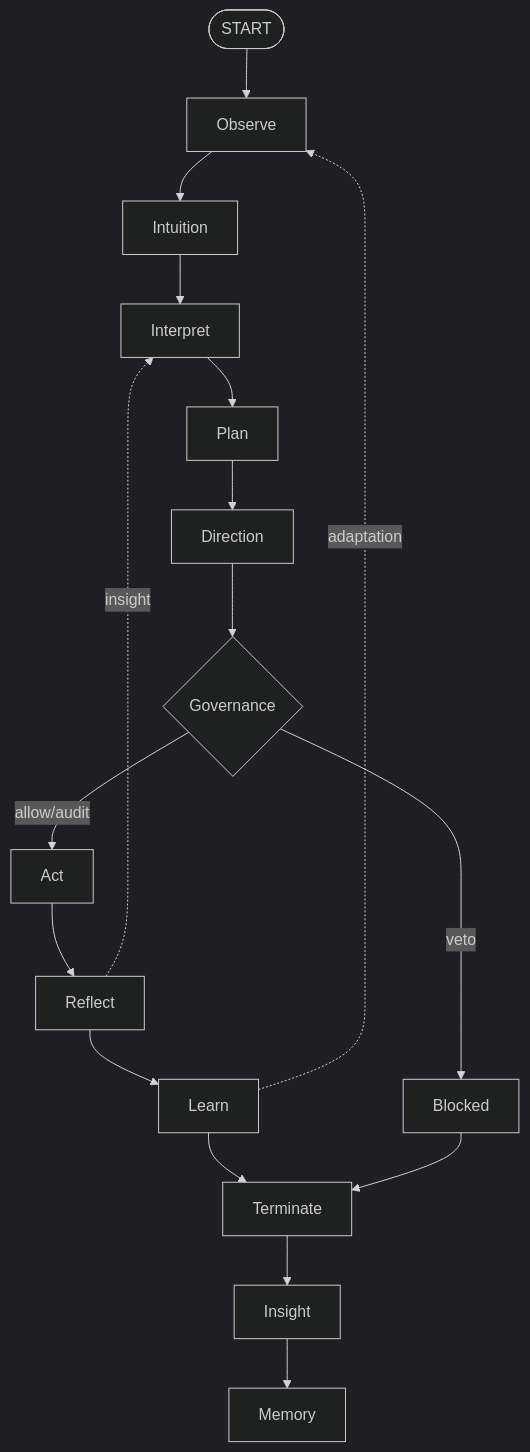
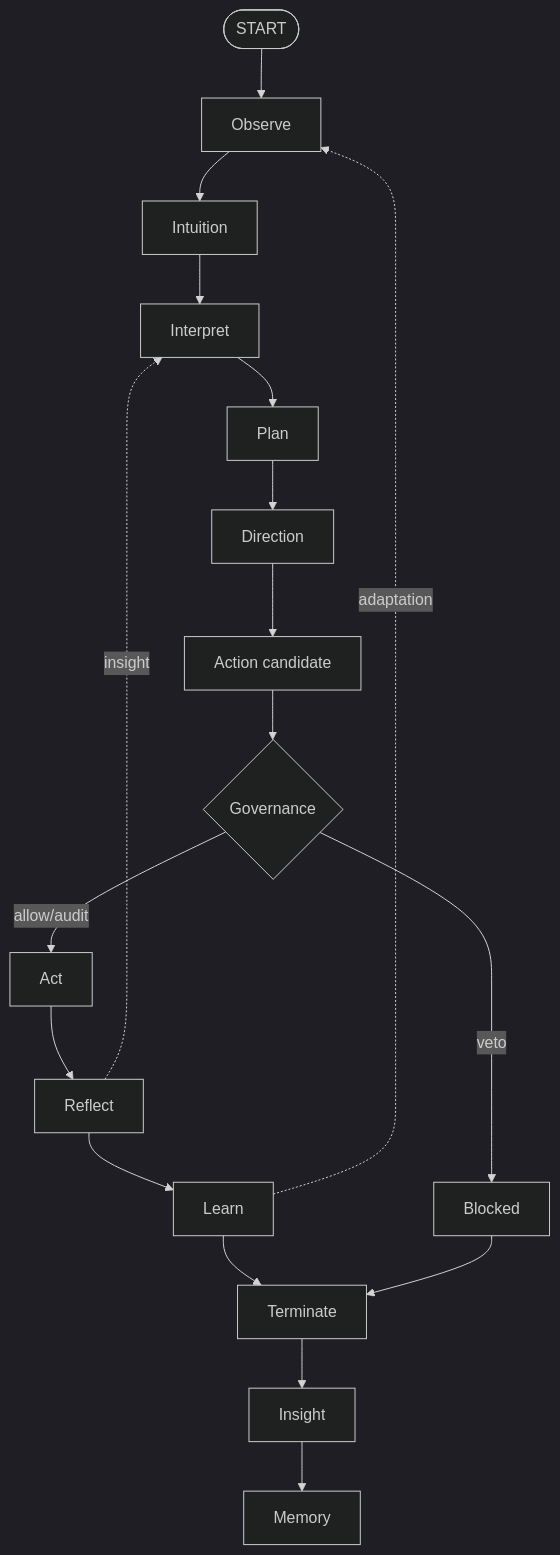
Before and after one commit to saraeloop/noesis: the first of 2 diagrams in docs/explanation/cognitive-loop.mdx, drawn with Mermaid (dark theme). The commit also changed other lines of this file and 2 other files, not shown here.

Commit message:
docs: document action candidate governance flow

````diff
--- a/docs/explanation/cognitive-loop.mdx
+++ b/docs/explanation/cognitive-loop.mdx
@@ -10,21 +10,22 @@
 ```mermaid
 flowchart TD
     A([START]) --> B[Observe]
     B --> C[Intuition]
     C --> D[Interpret]
     D --> E[Plan]
     E --> F[Direction]
-    F --> G{Governance}
+    F --> AC[Action candidate]
+    AC --> G{Governance}
     G -->|allow/audit| H[Act]
     G -->|veto| V[Blocked]
     H --> I[Reflect]
     I --> J[Learn]
     J --> K[Terminate]
     K --> L[Insight]
     L --> M[Memory]
     V --> K
 
     %% Feedback paths
     I -. insight .-> D
     J -. adaptation .-> B
 ```
````
